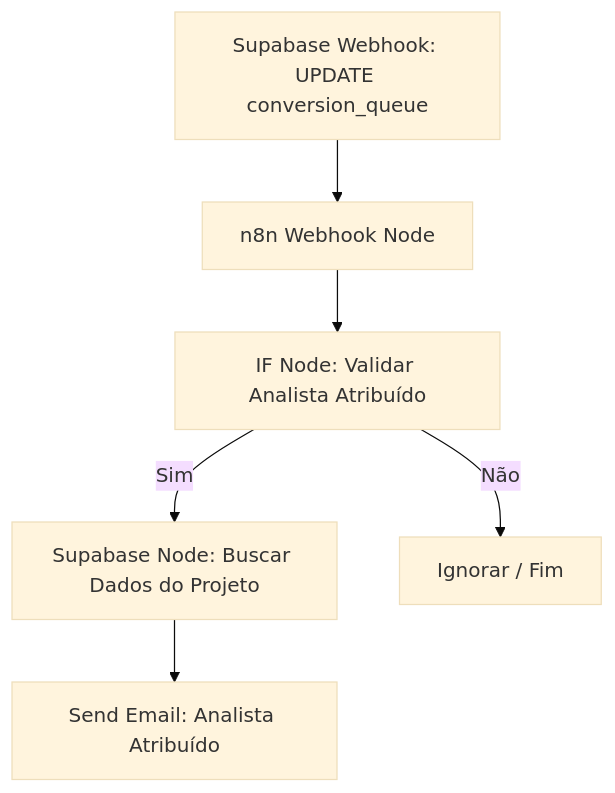
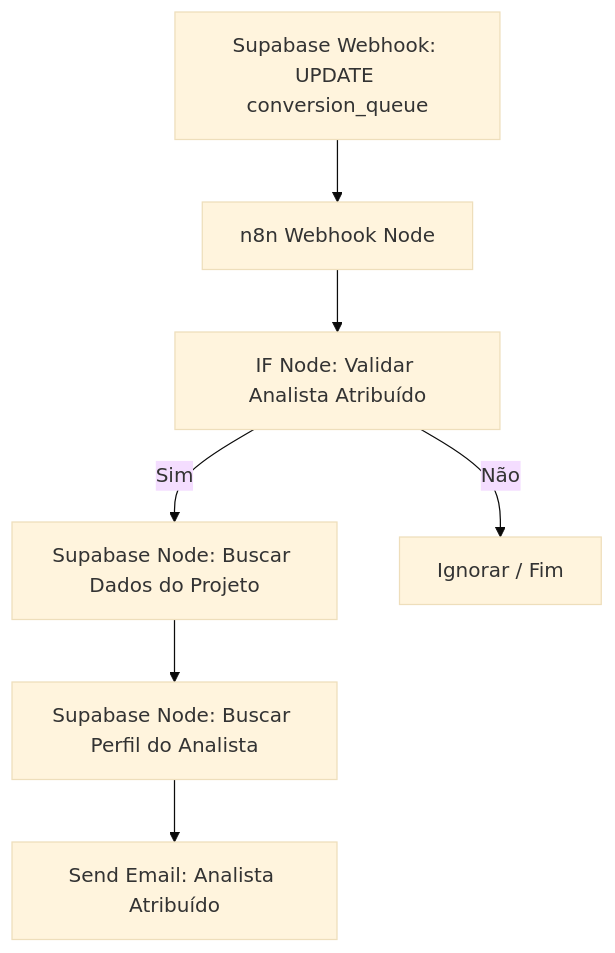
One commit to marcusvpo/siplan-implantacao-secondbrain changed the fifth of 5 diagrams in 0-Em Andamento/Guia Passo a Passo - Automações de E-mail Siplan HUB.md. Above: the diagram before and after it, drawn with Mermaid (base theme). The commit also changed other lines of this file and 6 other files, not shown here.

````diff
--- a/0-Em Andamento/Guia Passo a Passo - Automações de E-mail Siplan HUB.md
+++ b/0-Em Andamento/Guia Passo a Passo - Automações de E-mail Siplan HUB.md
@@ -1114,8 +1196,9 @@
 ```mermaid
 graph TD
     A[Supabase Webhook: UPDATE conversion_queue] --> B[n8n Webhook Node]
     B --> C[IF Node: Validar Analista Atribuído]
     C -- Sim --> D[Supabase Node: Buscar Dados do Projeto]
-    D --> E[Send Email: Analista Atribuído]
-    C -- Não --> F[Ignorar / Fim]
+    D --> E[Supabase Node: Buscar Perfil do Analista]
+    E --> F[Send Email: Analista Atribuído]
+    C -- Não --> G[Ignorar / Fim]
 ```
````
